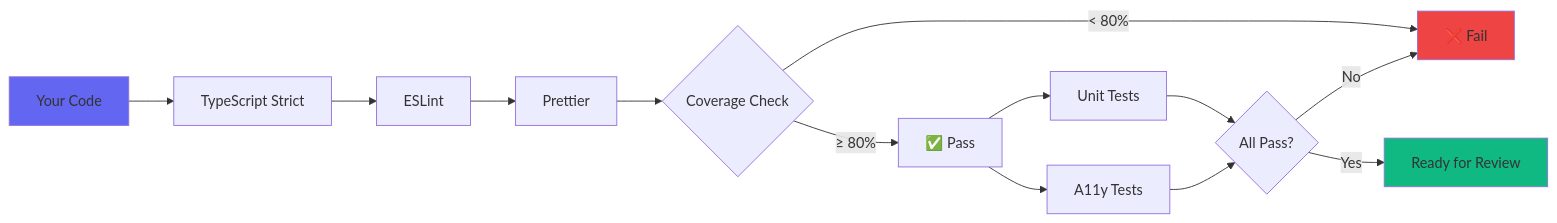
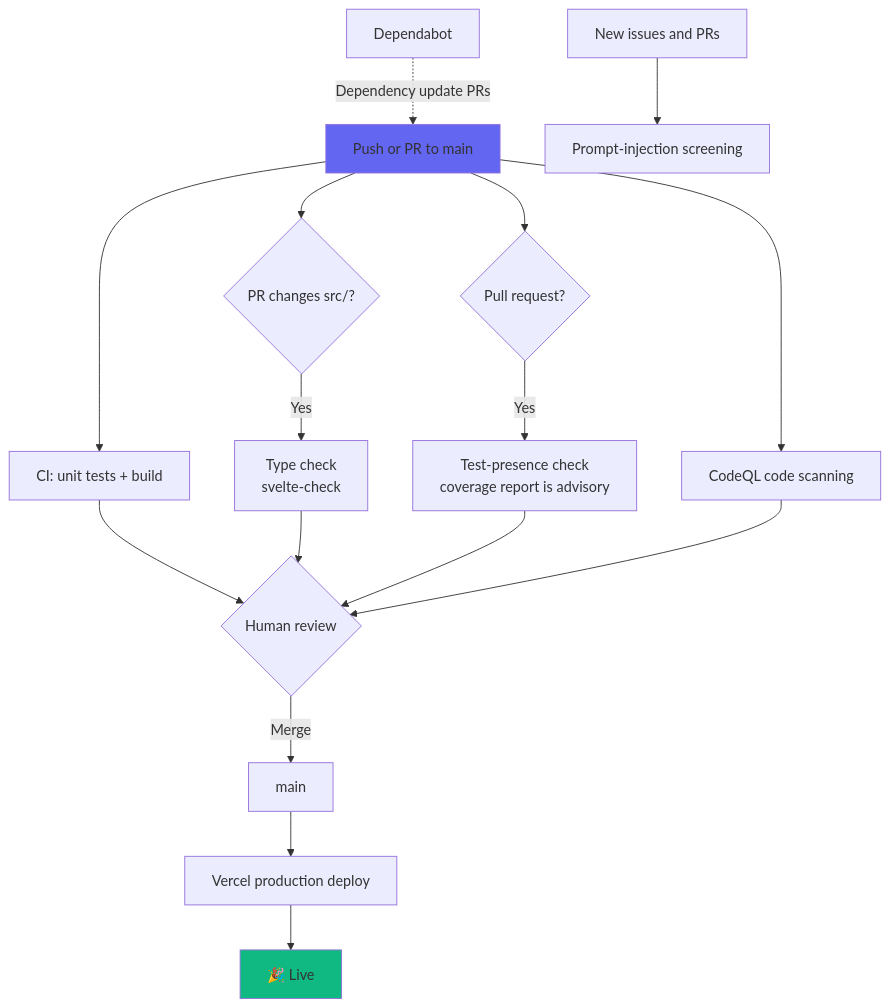
Before and after one commit to dmgrok/unconf: the first of 3 diagrams in README.md, drawn with Mermaid. The commit also changed other lines of this file and 1 other file, not shown here.

````diff
--- a/README.md
+++ b/README.md
@@ -142,23 +93,22 @@
 ```mermaid
-graph LR
-    A[Your Code] --> B[TypeScript Strict]
-    B --> C[ESLint]
-    C --> D[Prettier]
-    D --> E{Coverage Check}
-    
-    E -->|< 80%| F[❌ Fail]
-    E -->|≥ 80%| G[✅ Pass]
-    
-    G --> H[Unit Tests]
-    G --> I[A11y Tests]
-    
-    H --> K{All Pass?}
-    I --> K
-    
-    K -->|No| F
-    K -->|Yes| L[Ready for Review]
-    
+flowchart TD
+    A[Push or PR to main] --> B[CI: unit tests + build]
+    A --> C{PR changes src/?}
+    C -->|Yes| D[Type check<br/>svelte-check]
+    A --> E{Pull request?}
+    E -->|Yes| F[Test-presence check<br/>coverage report is advisory]
+    A --> G[CodeQL code scanning]
+    H[Dependabot] -.->|Dependency update PRs| A
+    I[New issues and PRs] --> J[Prompt-injection screening]
+
+    B --> K{Human review}
+    D --> K
+    F --> K
+    G --> K
+    K -->|Merge| L[main]
+    L --> M[Vercel production deploy]
+    M --> N[🎉 Live]
+
     style A fill:#6366f1
-    style L fill:#10b981
-    style F fill:#ef4444
+    style N fill:#10b981
 ```
````
